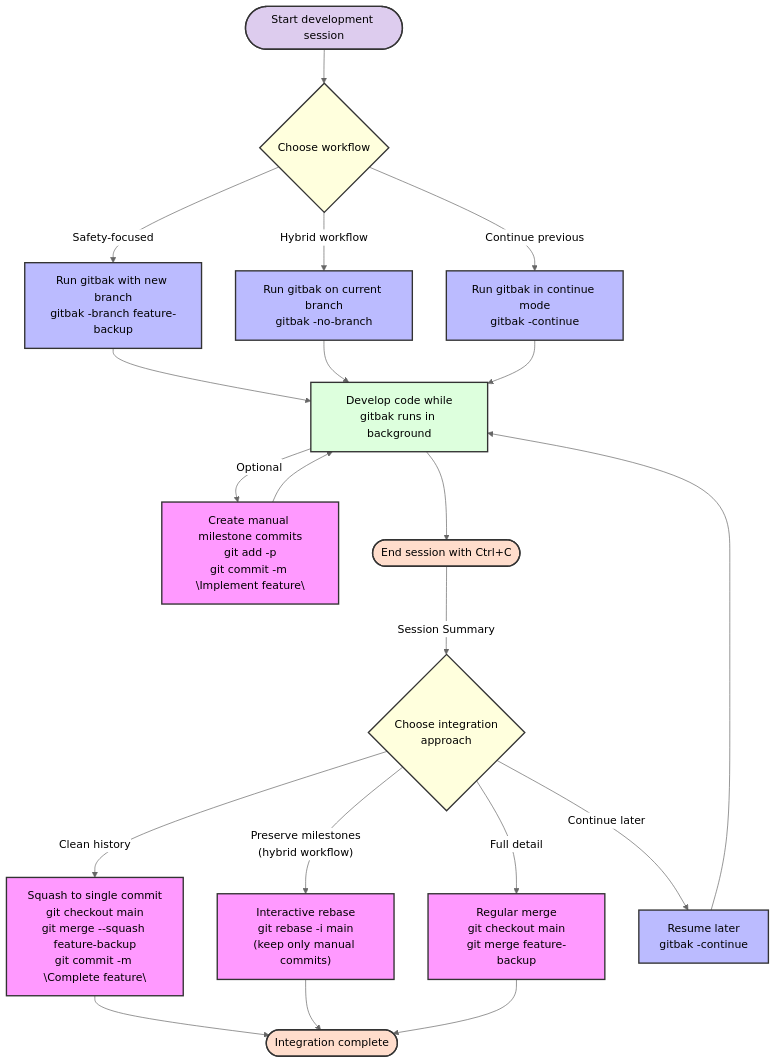
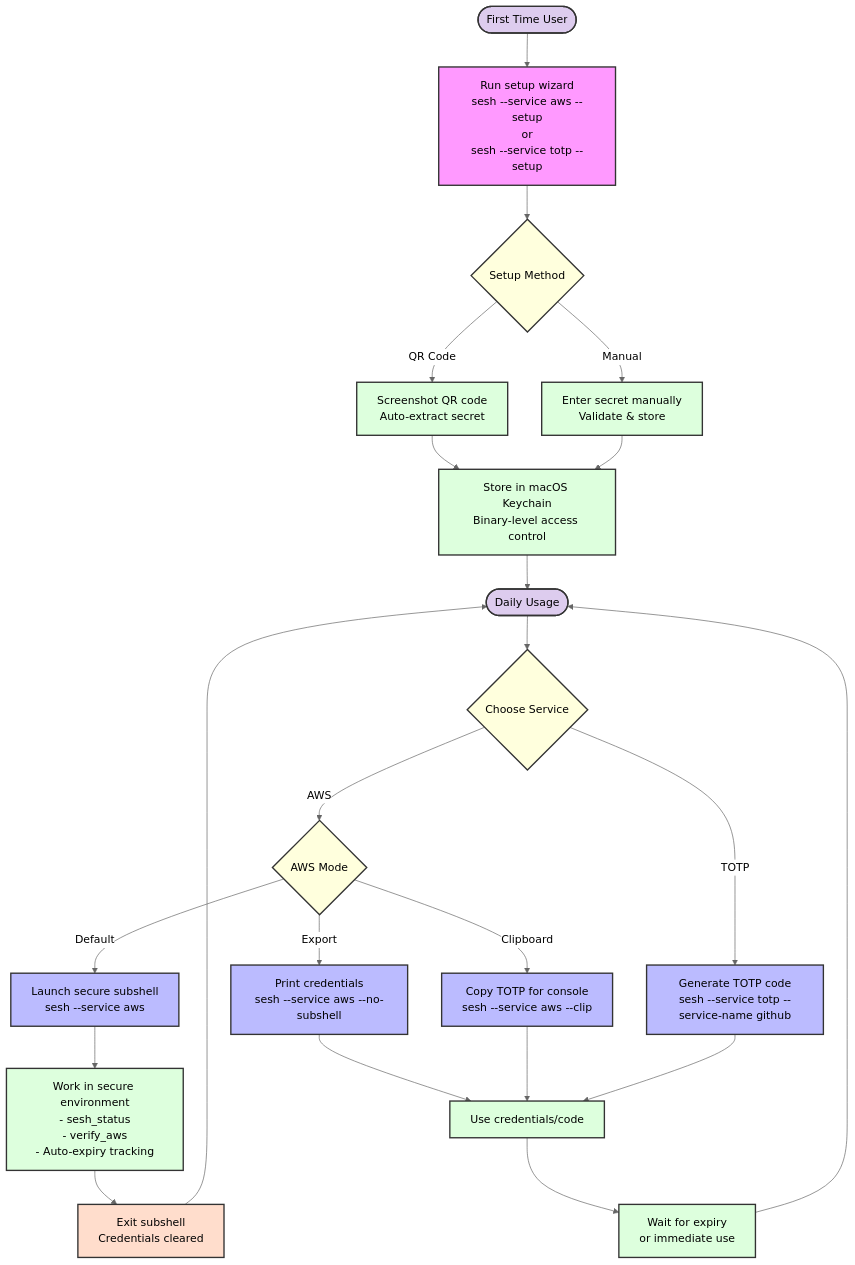
Before and after one commit to bashhack/sesh: the first of 2 diagrams in docs/USAGE_AND_CONFIGURATION.md, drawn with Mermaid. The commit also changed other lines of this file, not shown here.

Commit message:
[gitbak] Automatic checkpoint #439 - 2025-06-01 16:13:32

````diff
--- a/docs/USAGE_AND_CONFIGURATION.md
+++ b/docs/USAGE_AND_CONFIGURATION.md
@@ -9,36 +9,42 @@
 ```mermaid
 %%{init: {'theme': 'neutral'}}%%
 flowchart TD
     classDef start fill:#dce,stroke:#333,stroke-width:2px
     classDef process fill:#dfd,stroke:#333,stroke-width:2px
     classDef decision fill:#ffd,stroke:#333,stroke-width:2px
     classDef endNode fill:#fdc,stroke:#333,stroke-width:2px
-    classDef gitbak fill:#bbf,stroke:#333,stroke-width:2px
-    classDef manual fill:#f9f,stroke:#333,stroke-width:2px
+    classDef sesh fill:#bbf,stroke:#333,stroke-width:2px
+    classDef setup fill:#f9f,stroke:#333,stroke-width:2px
 
-    Start([Start development session]):::start --> Decision1{"Choose workflow"}:::decision
-
-    Decision1 -->|"Safety-focused"| GB1["Run gitbak with new branch<br>gitbak -branch feature-backup"]:::gitbak
-    Decision1 -->|"Hybrid workflow"| GB2["Run gitbak on current branch<br>gitbak -no-branch"]:::gitbak
-    Decision1 -->|"Continue previous"| GB3["Run gitbak in continue mode<br>gitbak -continue"]:::gitbak
-
-    GB1 & GB2 & GB3 --> Dev["Develop code while<br>gitbak runs in background"]:::process
-
-    Dev --> |"Optional"| ManualCommit["Create manual milestone commits<br>git add -p<br>git commit -m \"Implement feature\""]:::manual
-    ManualCommit --> Dev
-
-    Dev --> End1([End session with Ctrl+C]):::endNode
-
-    End1 --> |"Session Summary"| Decision2{"Choose integration<br>approach"}:::decision
-
-    Decision2 -->|"Clean history"| Option1["Squash to single commit<br>git checkout main<br>git merge --squash feature-backup<br>git commit -m \"Complete feature\""]:::manual
-
-    Decision2 -->|"Preserve milestones<br>(hybrid workflow)"| Option2["Interactive rebase<br>git rebase -i main<br>(keep only manual commits)"]:::manual
-
-    Decision2 -->|"Full detail"| Option3["Regular merge<br>git checkout main<br>git merge feature-backup"]:::manual
-
-    Decision2 -->|"Continue later"| Option4["Resume later<br>gitbak -continue"]:::gitbak
-
-    Option1 & Option2 & Option3 --> Done([Integration complete]):::endNode
-    Option4 --> Dev
+    Start([First Time User]):::start --> Setup["Run setup wizard<br>sesh --service aws --setup<br>or<br>sesh --service totp --setup"]:::setup
+    
+    Setup --> SetupChoice{"Setup Method"}:::decision
+    SetupChoice -->|"QR Code"| QR["Screenshot QR code<br>Auto-extract secret"]:::process
+    SetupChoice -->|"Manual"| Manual["Enter secret manually<br>Validate & store"]:::process
+    
+    QR --> Keychain["Store in macOS Keychain<br>Binary-level access control"]:::process
+    Manual --> Keychain
+    
+    Keychain --> Daily([Daily Usage]):::start
+    
+    Daily --> Service{"Choose Service"}:::decision
+    
+    Service -->|"AWS"| AWSChoice{"AWS Mode"}:::decision
+    AWSChoice -->|"Default"| Subshell["Launch secure subshell<br>sesh --service aws"]:::sesh
+    AWSChoice -->|"Export"| Export["Print credentials<br>sesh --service aws --no-subshell"]:::sesh
+    AWSChoice -->|"Clipboard"| AWSClip["Copy TOTP for console<br>sesh --service aws --clip"]:::sesh
+    
+    Service -->|"TOTP"| TOTP["Generate TOTP code<br>sesh --service totp --service-name github"]:::sesh
+    
+    Subshell --> Work["Work in secure environment<br>- sesh_status<br>- verify_aws<br>- Auto-expiry tracking"]:::process
+    Work --> Exit["Exit subshell<br>Credentials cleared"]:::endNode
+    
+    Export --> Use["Use credentials/code"]:::process
+    AWSClip --> Use
+    TOTP --> Use
+    
+    Use --> Expire["Wait for expiry<br>or immediate use"]:::process
+    Expire --> Daily
+    
+    Exit --> Daily
 ```
````
